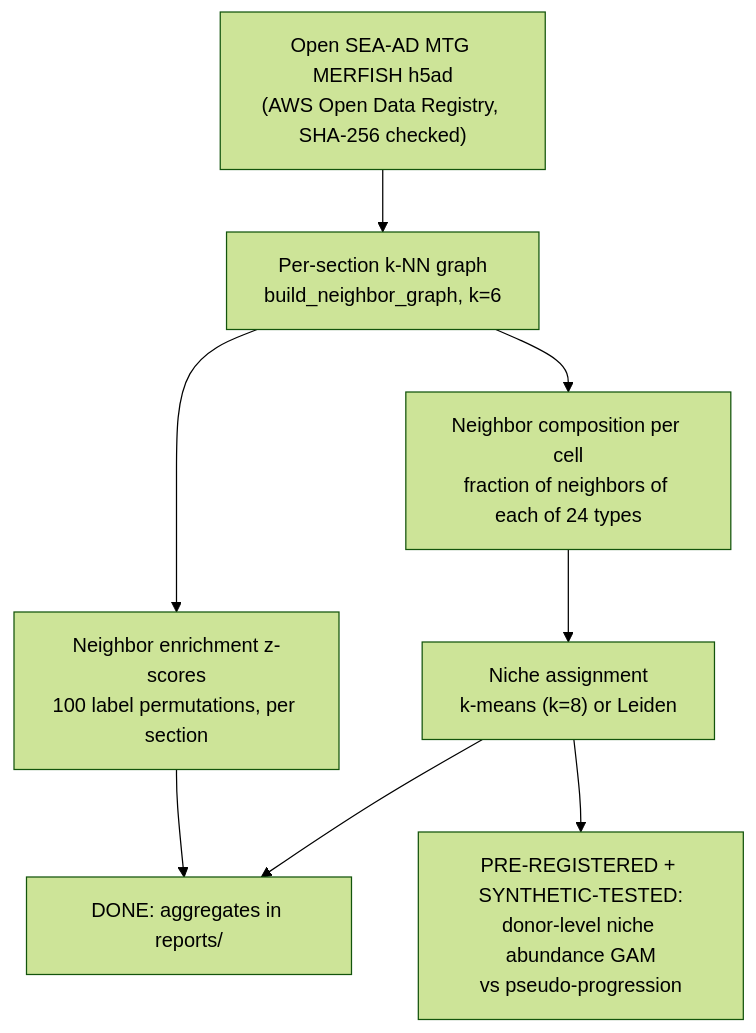
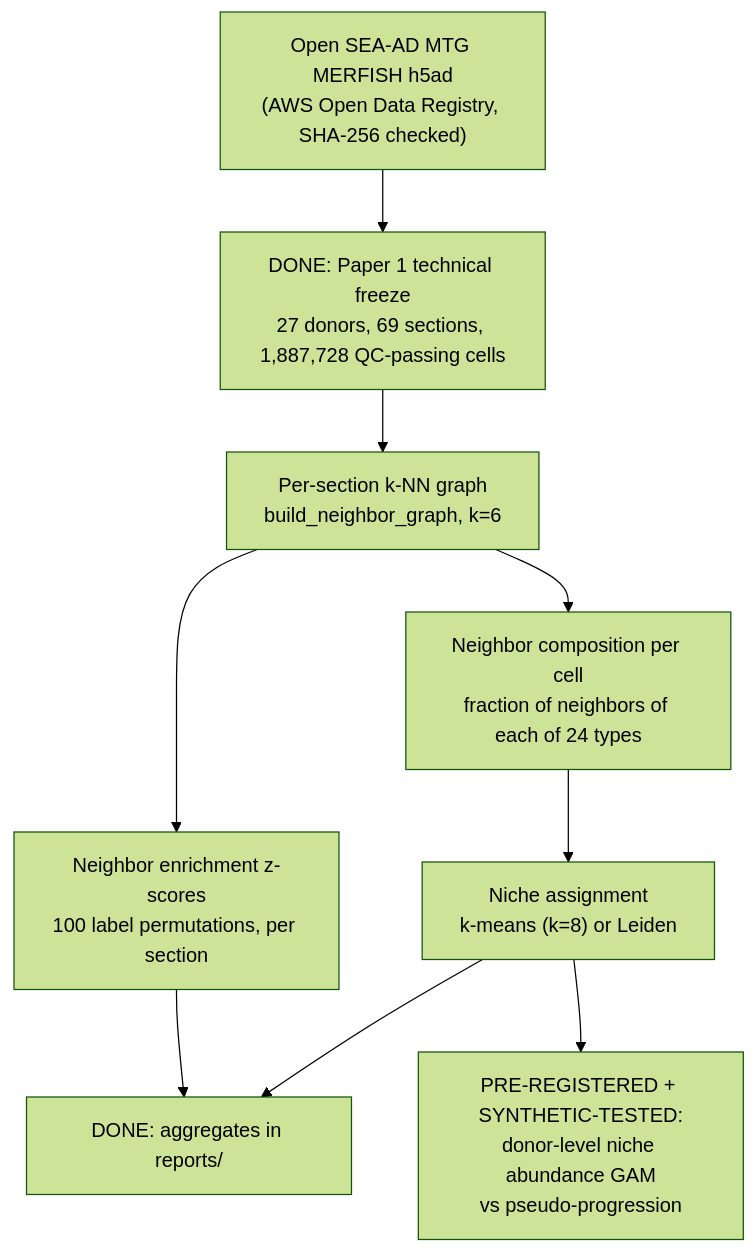
One commit to hwilner/sea-ad-spatial-progression-niches changed the first of 2 diagrams in docs/METHODS.md. Above: the diagram before and after it, drawn with Mermaid (forest theme). The commit also changed other lines of this file and 2 other files, not shown here.

Commit message:
Add Paper 1 freeze documentation and results captions

````diff
--- a/docs/METHODS.md
+++ b/docs/METHODS.md
@@ -7,10 +7,11 @@
 ```mermaid
 flowchart TD
-    A["Open SEA-AD MTG MERFISH h5ad<br/>(AWS Open Data Registry, SHA-256 checked)"] --> B["Per-section k-NN graph<br/>build_neighbor_graph, k=6"]
+    A["Open SEA-AD MTG MERFISH h5ad<br/>(AWS Open Data Registry, SHA-256 checked)"] --> F0["DONE: Paper 1 technical freeze<br/>27 donors, 69 sections, 1,887,728 QC-passing cells"]
+    F0 --> B["Per-section k-NN graph<br/>build_neighbor_graph, k=6"]
     B --> C["Neighbor composition per cell<br/>fraction of neighbors of each of 24 types"]
     B --> D["Neighbor enrichment z-scores<br/>100 label permutations, per section"]
     C --> E["Niche assignment<br/>k-means (k=8) or Leiden"]
     D --> F["DONE: aggregates in reports/"]
     E --> F
     E --> G["PRE-REGISTERED + SYNTHETIC-TESTED:<br/>donor-level niche abundance GAM<br/>vs pseudo-progression"]
 ```
````
